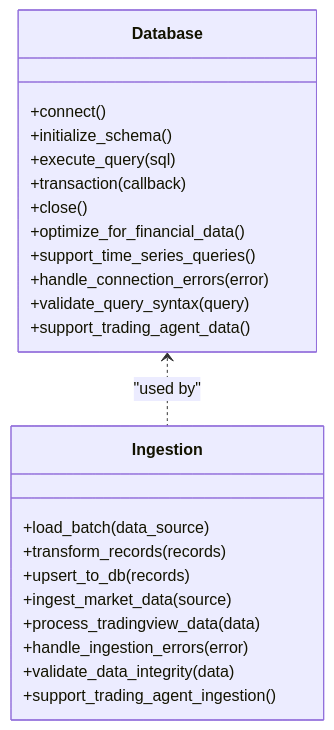
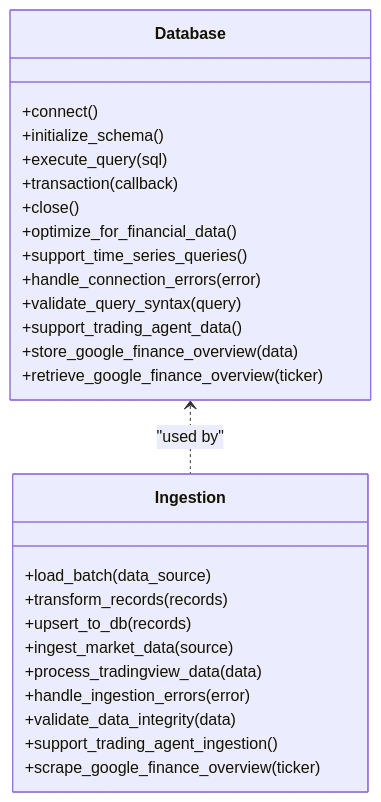
The eighth of 13 diagrams in .qoder/repowiki/en/content/Core Components/Analysis Framework.md (ZengSeng/telegram-bot), drawn with Mermaid before and after one commit. The commit also changed other lines of this file and 22 other files, not shown here.

````diff
--- a/.qoder/repowiki/en/content/Core Components/Analysis Framework.md
+++ b/.qoder/repowiki/en/content/Core Components/Analysis Framework.md
@@ -387,26 +411,29 @@
 ```mermaid
 classDiagram
 class Database {
 +connect()
 +initialize_schema()
 +execute_query(sql)
 +transaction(callback)
 +close()
 +optimize_for_financial_data()
 +support_time_series_queries()
 +handle_connection_errors(error)
 +validate_query_syntax(query)
 +support_trading_agent_data()
++store_google_finance_overview(data)
++retrieve_google_finance_overview(ticker)
 }
 class Ingestion {
 +load_batch(data_source)
 +transform_records(records)
 +upsert_to_db(records)
 +ingest_market_data(source)
 +process_tradingview_data(data)
 +handle_ingestion_errors(error)
 +validate_data_integrity(data)
 +support_trading_agent_ingestion()
++scrape_google_finance_overview(ticker)
 }
 Database <.. Ingestion : "used by"
 ```
````
